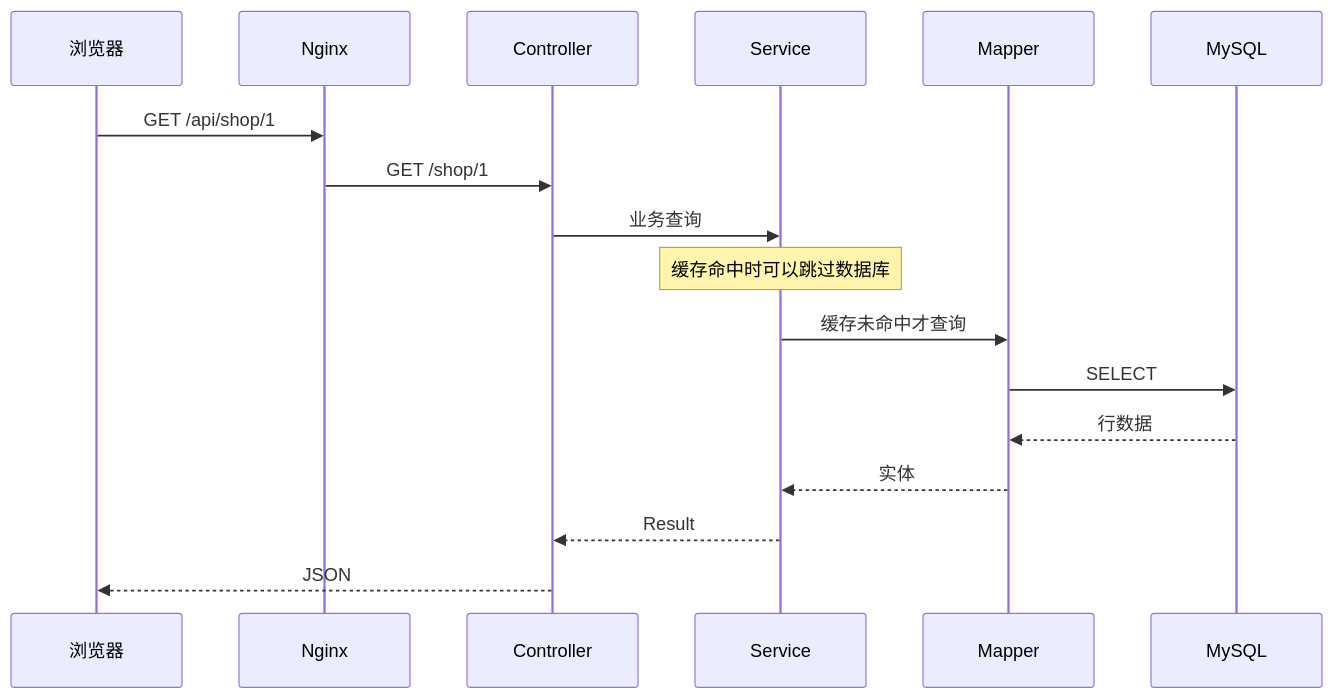
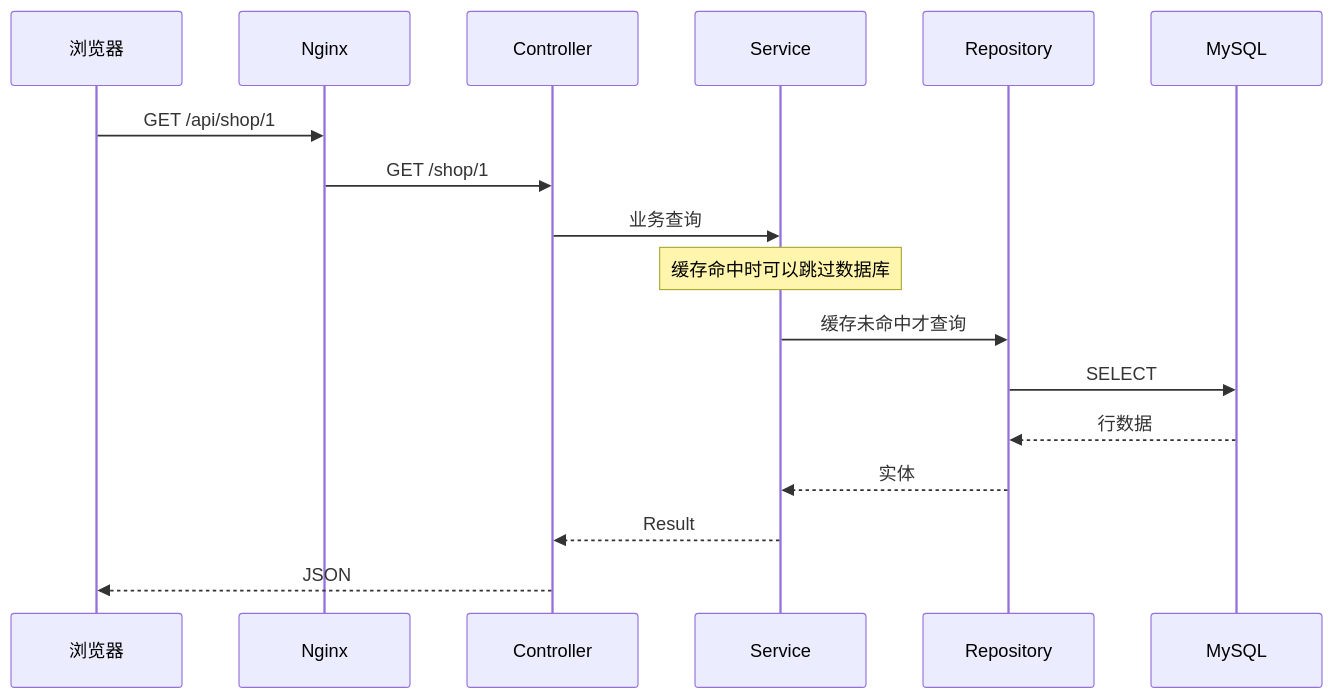
One commit to Coding-Lou/harbourdrop changed the first of 2 diagrams in wiki/03-架构代码与数据库.md. Above: the diagram before and after it, drawn with Mermaid. The commit also changed other lines of this file and 20 other files, not shown here.

````diff
--- a/wiki/03-架构代码与数据库.md
+++ b/wiki/03-架构代码与数据库.md
@@ -38,19 +38,19 @@
 ```mermaid
 sequenceDiagram
     participant B as 浏览器
     participant N as Nginx
     participant C as Controller
     participant S as Service
-    participant M as Mapper
+    participant M as Repository
     participant D as MySQL
     B->>N: GET /api/shop/1
     N->>C: GET /shop/1
     C->>S: 业务查询
     Note over S: 缓存命中时可以跳过数据库
     S->>M: 缓存未命中才查询
     M->>D: SELECT
     D-->>M: 行数据
     M-->>S: 实体
     S-->>C: Result
     C-->>B: JSON
 ```
````
